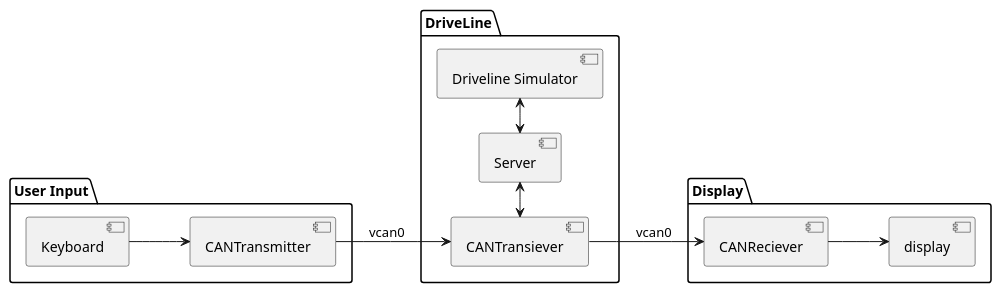
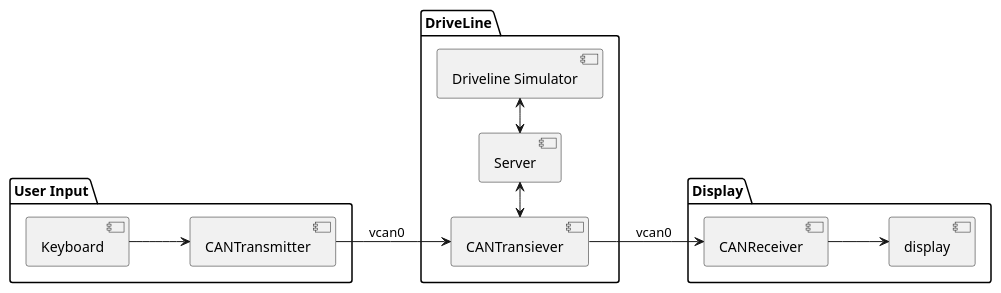
Before and after one commit to muncausen/BootCampMidTermLab: the diagram in Emulator/doc/SWDesign.plantuml, drawn with PlantUML. The commit also changed 6 other files, not shown here.

```diff
--- a/Emulator/doc/SWDesign.plantuml
+++ b/Emulator/doc/SWDesign.plantuml
@@ -1,24 +1,24 @@
 @startuml Swdesign
 left to right direction
 
 package "User Input" {
   [Keyboard] --> [CANTransmitter]
 }
 
 package "DriveLine" {
   [CANTransiever]
   [Server]
   [Server] <-> [Driveline Simulator]
 }
 
 package "Display" {
-  [CANReciever]
+  [CANReceiver]
   [display]
 }
 
 [CANTransmitter] --> [CANTransiever] : vcan0
 [CANTransiever] <-> [Server]
-[CANTransiever] --> [CANReciever] : vcan0
-[CANReciever] --> [display]
+[CANTransiever] --> [CANReceiver] : vcan0
+[CANReceiver] --> [display]
 
 @enduml
```
